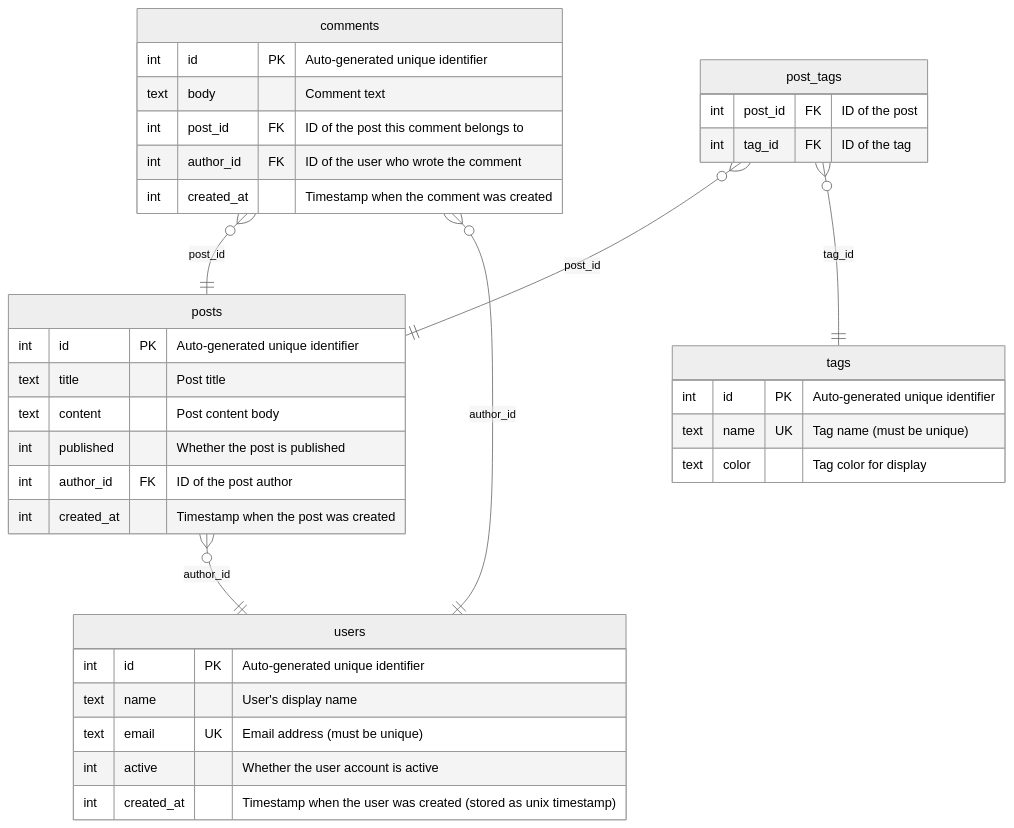
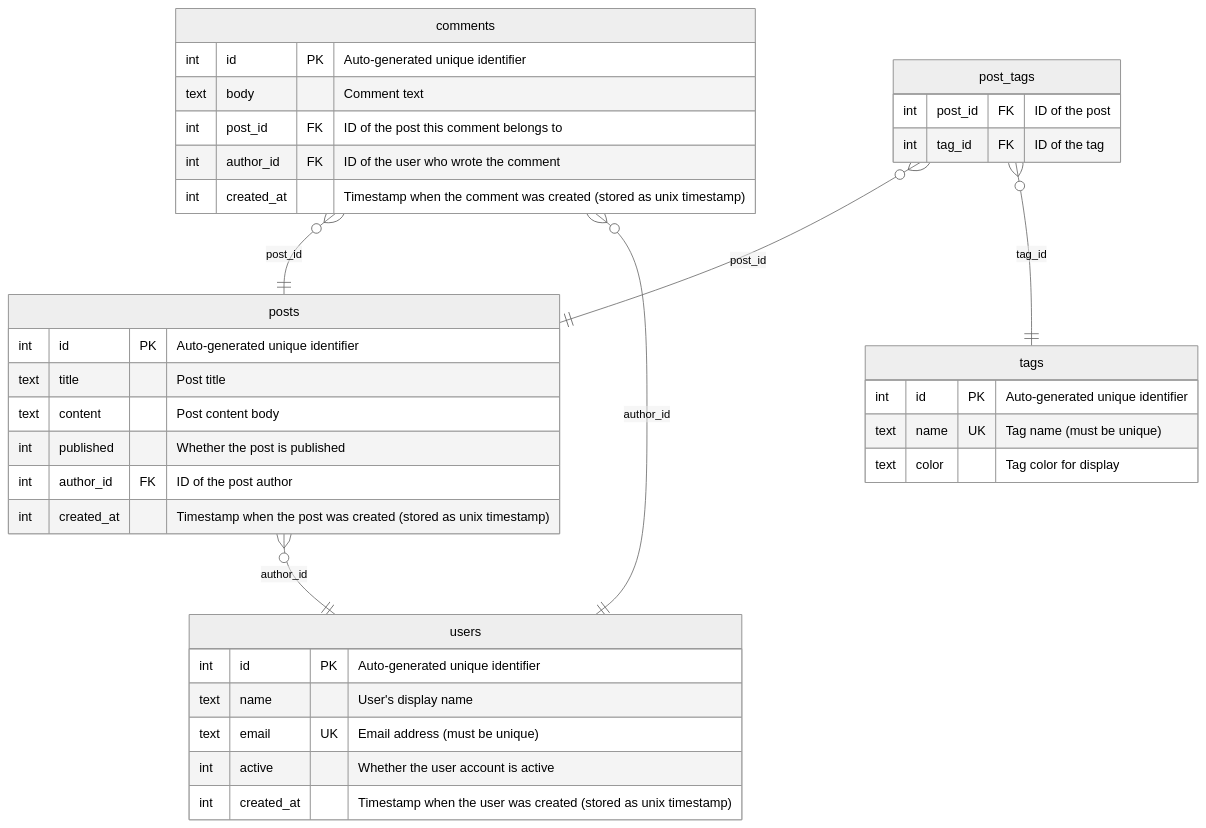
Before and after one commit to rikeda71/drizzle-docs-generator: the diagram in examples/sqlite/v1/markdown/README.md, drawn with Mermaid (neutral theme). The commit also changed 5 other files, not shown here.

````diff
--- a/examples/sqlite/v1/markdown/README.md
+++ b/examples/sqlite/v1/markdown/README.md
@@ -15,40 +15,40 @@
 ```mermaid
 erDiagram
     posts }o--|| users : "author_id"
     comments }o--|| posts : "post_id"
     comments }o--|| users : "author_id"
     post_tags }o--|| posts : "post_id"
     post_tags }o--|| tags : "tag_id"
 
     comments {
         int id PK "Auto-generated unique identifier"
         text body "Comment text"
         int post_id FK "ID of the post this comment belongs to"
         int author_id FK "ID of the user who wrote the comment"
-        int created_at "Timestamp when the comment was created"
+        int created_at "Timestamp when the comment was created (stored as unix timestamp)"
     }
     post_tags {
         int post_id FK "ID of the post"
         int tag_id FK "ID of the tag"
     }
     posts {
         int id PK "Auto-generated unique identifier"
         text title "Post title"
         text content "Post content body"
         int published "Whether the post is published"
         int author_id FK "ID of the post author"
-        int created_at "Timestamp when the post was created"
+        int created_at "Timestamp when the post was created (stored as unix timestamp)"
     }
     tags {
         int id PK "Auto-generated unique identifier"
         text name UK "Tag name (must be unique)"
         text color "Tag color for display"
     }
     users {
         int id PK "Auto-generated unique identifier"
         text name "User's display name"
         text email UK "Email address (must be unique)"
         int active "Whether the user account is active"
         int created_at "Timestamp when the user was created (stored as unix timestamp)"
     }
 ```
````
